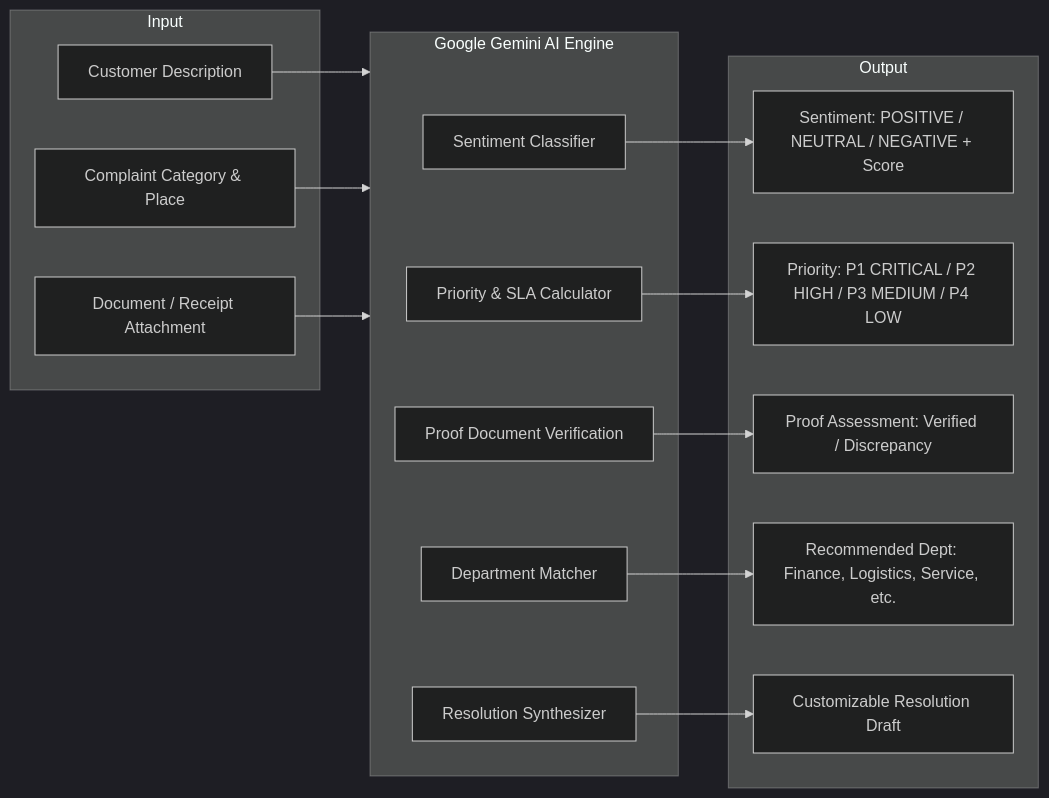
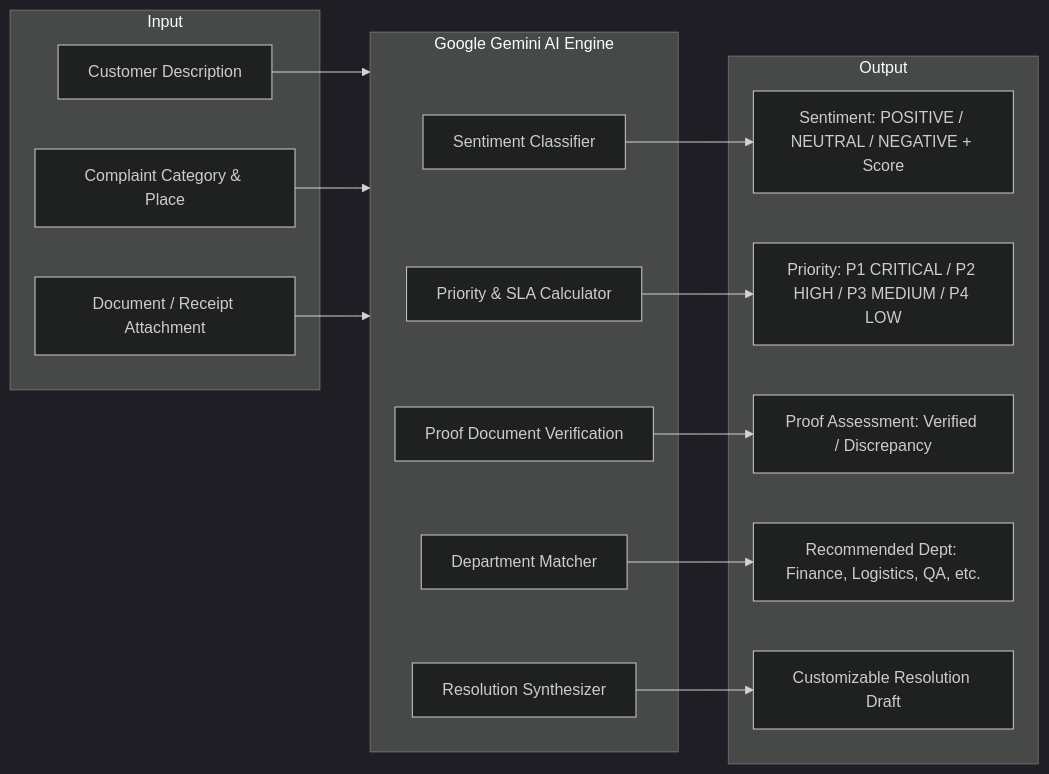
One commit to praveena507/Loop changed the third of 3 diagrams in README.md. Above: the diagram before and after it, drawn with Mermaid (dark theme). The commit also changed other lines of this file, not shown here.

````diff
--- a/README.md
+++ b/README.md
@@ -201,31 +260,31 @@
 ```mermaid
 graph LR
     subgraph Input
         A1[Customer Description]
         A2[Complaint Category & Place]
         A3[Document / Receipt Attachment]
     end
 
     subgraph GeminiAI ["Google Gemini AI Engine"]
         B1[Sentiment Classifier]
         B2[Priority & SLA Calculator]
         B3[Proof Document Verification]
         B4[Department Matcher]
         B5[Resolution Synthesizer]
     end
 
     subgraph Output
         C1[Sentiment: POSITIVE / NEUTRAL / NEGATIVE + Score]
         C2[Priority: P1 CRITICAL / P2 HIGH / P3 MEDIUM / P4 LOW]
         C3[Proof Assessment: Verified / Discrepancy]
-        C4[Recommended Dept: Finance, Logistics, Service, etc.]
+        C4[Recommended Dept: Finance, Logistics, QA, etc.]
         C5[Customizable Resolution Draft]
     end
 
     A1 & A2 & A3 --> GeminiAI
     B1 --> C1
     B2 --> C2
     B3 --> C3
     B4 --> C4
     B5 --> C5
 ```
````
